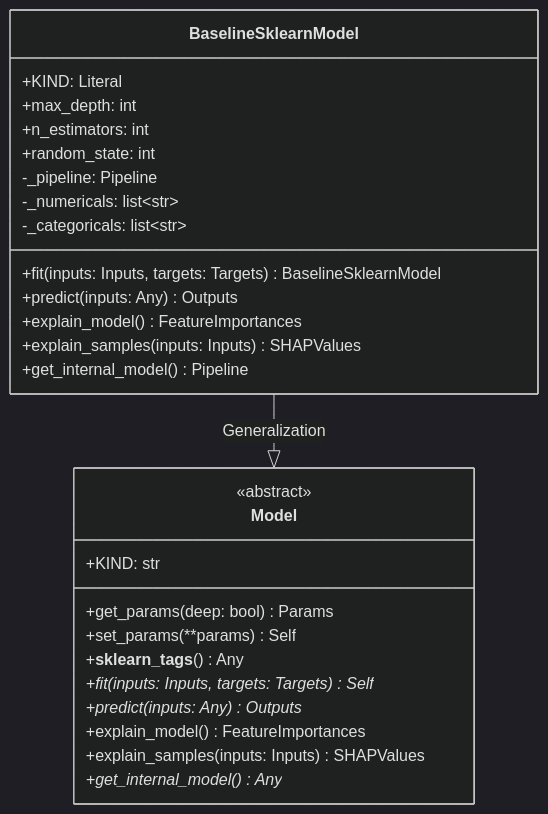
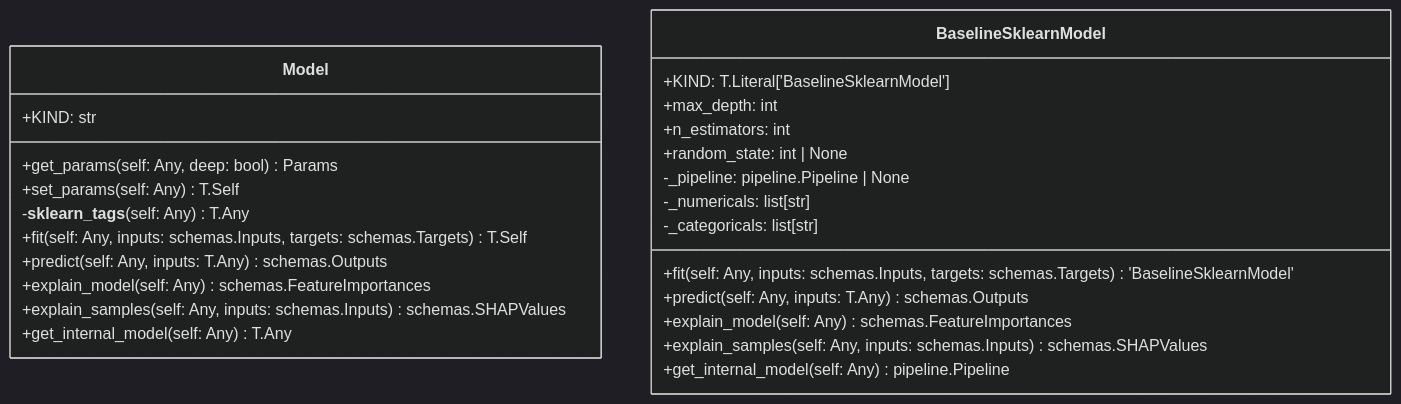
The diagram in openwiki/modules/regression_model_template/core/models.md (lgcorzo/mlops-python-package), drawn with Mermaid (dark theme) before and after one commit. The commit also changed other lines of this file and 40 other files, not shown here.

````diff
--- a/openwiki/modules/regression_model_template/core/models.md
+++ b/openwiki/modules/regression_model_template/core/models.md
@@ -26,32 +23,29 @@
 ```mermaid
 classDiagram
     direction BT
     class Model {
-        <<abstract>>
         +KIND: str
-        +get_params(deep: bool) Params
-        +set_params(**params) Self
-        +__sklearn_tags__() Any
-        +fit(inputs: Inputs, targets: Targets)* Self
-        +predict(inputs: Any)* Outputs
-        +explain_model() FeatureImportances
-        +explain_samples(inputs: Inputs) SHAPValues
-        +get_internal_model()* Any
+        +get_params(self: Any, deep: bool) Params
+        +set_params(self: Any) T.Self
+        -__sklearn_tags__(self: Any) T.Any
+        +fit(self: Any, inputs: schemas.Inputs, targets: schemas.Targets) T.Self
+        +predict(self: Any, inputs: T.Any) schemas.Outputs
+        +explain_model(self: Any) schemas.FeatureImportances
+        +explain_samples(self: Any, inputs: schemas.Inputs) schemas.SHAPValues
+        +get_internal_model(self: Any) T.Any
     }
     class BaselineSklearnModel {
-        +KIND: Literal
+        +KIND: T.Literal['BaselineSklearnModel']
         +max_depth: int
         +n_estimators: int
-        +random_state: int
-        -_pipeline: Pipeline
-        -_numericals: list~str~
-        -_categoricals: list~str~
-        +fit(inputs: Inputs, targets: Targets) BaselineSklearnModel
-        +predict(inputs: Any) Outputs
-        +explain_model() FeatureImportances
-        +explain_samples(inputs: Inputs) SHAPValues
-        +get_internal_model() Pipeline
+        +random_state: int | None
+        -_pipeline: pipeline.Pipeline | None
+        -_numericals: list[str]
+        -_categoricals: list[str]
+        +fit(self: Any, inputs: schemas.Inputs, targets: schemas.Targets) 'BaselineSklearnModel'
+        +predict(self: Any, inputs: T.Any) schemas.Outputs
+        +explain_model(self: Any) schemas.FeatureImportances
+        +explain_samples(self: Any, inputs: schemas.Inputs) schemas.SHAPValues
+        +get_internal_model(self: Any) pipeline.Pipeline
     }
-
-    Model <|-- BaselineSklearnModel : Generalization
 ```
````
